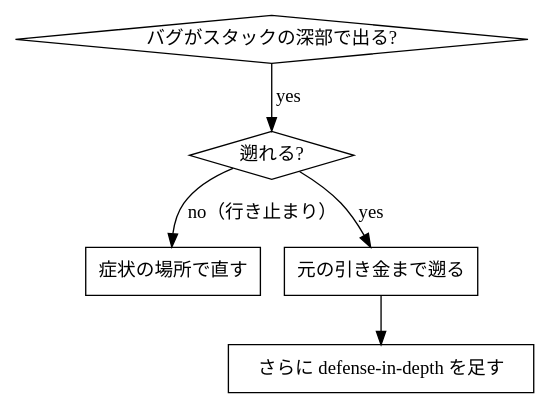
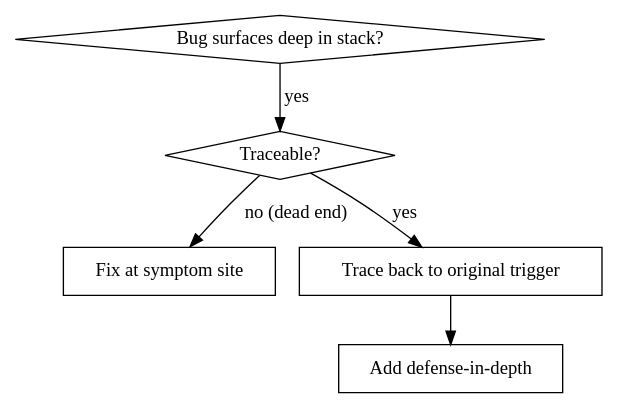
Before and after one commit to cellfusion/dotfiles: the first of 2 diagrams in private_dot_agents/skills/systematic-debugging/root-cause-tracing.md, drawn with Graphviz. The commit also changed other lines of this file and 98 other files, not shown here.

````diff
--- a/private_dot_agents/skills/systematic-debugging/root-cause-tracing.md
+++ b/private_dot_agents/skills/systematic-debugging/root-cause-tracing.md
@@ -11,14 +11,14 @@
 ```dot
 digraph when_to_use {
-    "バグがスタックの深部で出る?" [shape=diamond];
-    "遡れる?" [shape=diamond];
-    "症状の場所で直す" [shape=box];
-    "元の引き金まで遡る" [shape=box];
-    "さらに defense-in-depth を足す" [shape=box];
+    "Bug surfaces deep in stack?" [shape=diamond];
+    "Traceable?" [shape=diamond];
+    "Fix at symptom site" [shape=box];
+    "Trace back to original trigger" [shape=box];
+    "Add defense-in-depth" [shape=box];
 
-    "バグがスタックの深部で出る?" -> "遡れる?" [label="yes"];
-    "遡れる?" -> "元の引き金まで遡る" [label="yes"];
-    "遡れる?" -> "症状の場所で直す" [label="no（行き止まり）"];
-    "元の引き金まで遡る" -> "さらに defense-in-depth を足す";
+    "Bug surfaces deep in stack?" -> "Traceable?" [label="yes"];
+    "Traceable?" -> "Trace back to original trigger" [label="yes"];
+    "Traceable?" -> "Fix at symptom site" [label="no (dead end)"];
+    "Trace back to original trigger" -> "Add defense-in-depth";
 }
 ```
````
